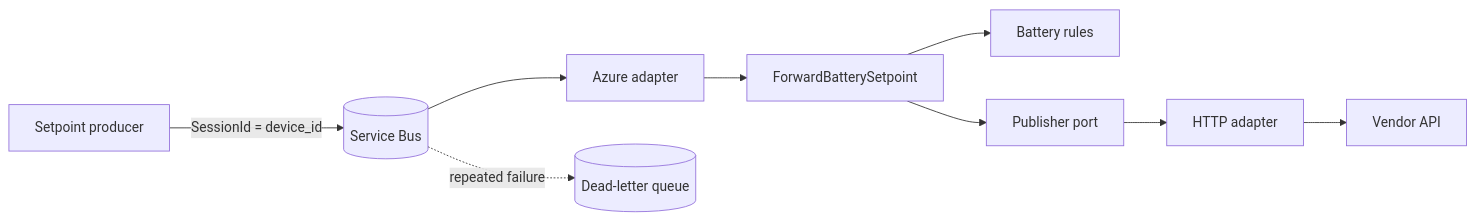
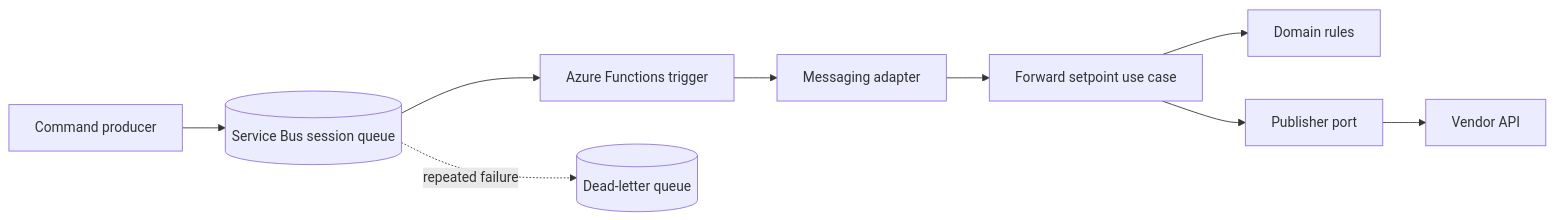
Before and after one commit to GhodratRezaei/ForwardBatterySetPoints: the first of 3 diagrams in README.md, drawn with Mermaid. The commit also changed other lines of this file and 31 other files, not shown here.

````diff
--- a/README.md
+++ b/README.md
@@ -7,11 +31,11 @@
 ```mermaid
 flowchart LR
-    Producer[Setpoint producer] -->|SessionId = device_id| Queue[(Service Bus)]
-    Queue --> Trigger[Azure adapter]
-    Trigger --> UseCase[ForwardBatterySetpoint]
-    UseCase --> Domain[Battery rules]
-    UseCase --> Port[Publisher port]
-    Port --> HTTP[HTTP adapter]
-    HTTP --> Vendor[Vendor API]
+    Producer[Command producer] --> Queue[(Service Bus session queue)]
+    Queue --> Trigger[Azure Functions trigger]
+    Trigger --> Messaging[Messaging adapter]
+    Messaging --> UseCase[Forward setpoint use case]
+    UseCase --> Domain[Domain rules]
+    UseCase --> Publisher[Publisher port]
+    Publisher --> Vendor[Vendor API]
     Queue -. repeated failure .-> DLQ[(Dead-letter queue)]
 ```
````
